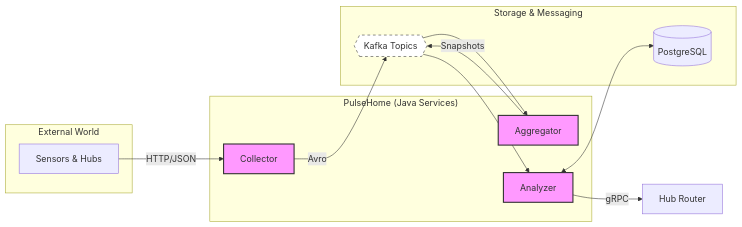
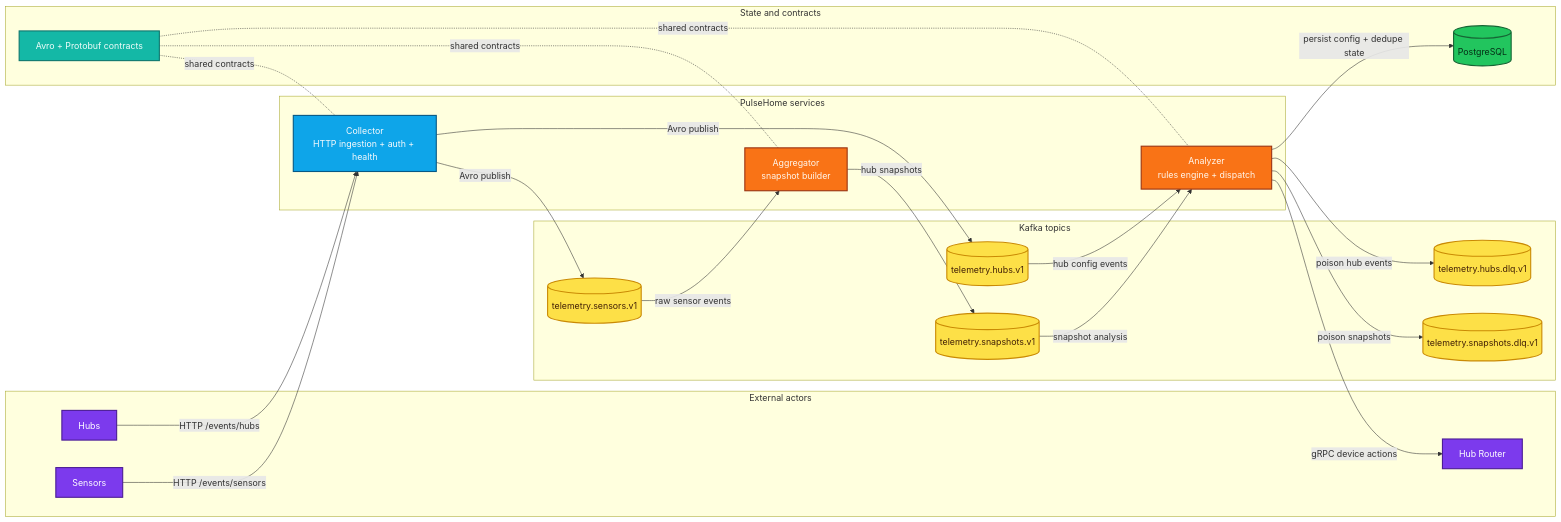
The diagram in README.md (DokPlay/PulseHome), drawn with Mermaid before and after one commit. The commit also changed other lines of this file and 24 other files, not shown here.

````diff
--- a/README.md
+++ b/README.md
@@ -27,31 +20,58 @@
 ```mermaid
 flowchart LR
-    subgraph Devices ["External World"]
-        A["Sensors & Hubs"]
+    classDef edge fill:#7c3aed,color:#ffffff,stroke:#4c1d95,stroke-width:2px;
+    classDef ingress fill:#0ea5e9,color:#f8fafc,stroke:#075985,stroke-width:2px;
+    classDef worker fill:#f97316,color:#fff7ed,stroke:#9a3412,stroke-width:2px;
+    classDef topic fill:#fde047,color:#422006,stroke:#ca8a04,stroke-width:2px;
+    classDef storage fill:#22c55e,color:#052e16,stroke:#166534,stroke-width:2px;
+    classDef contract fill:#14b8a6,color:#f0fdfa,stroke:#0f766e,stroke-width:2px;
+
+    subgraph External["External actors"]
+        Sensors["Sensors"]
+        Hubs["Hubs"]
+        Router["Hub Router"]
     end
 
-    subgraph Platform ["PulseHome (Java Services)"]
-        B["Collector"]
-        D["Aggregator"]
-        F["Analyzer"]
+    subgraph Platform["PulseHome services"]
+        Collector["Collector\nHTTP ingestion + auth + health"]
+        Aggregator["Aggregator\nsnapshot builder"]
+        Analyzer["Analyzer\nrules engine + dispatch"]
     end
 
-    subgraph Infra ["Storage & Messaging"]
-        C{{"Kafka Topics"}}
-        H[("PostgreSQL")]
+    subgraph Messaging["Kafka topics"]
+        SensorsTopic[("telemetry.sensors.v1")]
+        HubsTopic[("telemetry.hubs.v1")]
+        SnapshotsTopic[("telemetry.snapshots.v1")]
+        HubsDlq[("telemetry.hubs.dlq.v1")]
+        SnapshotsDlq[("telemetry.snapshots.dlq.v1")]
     end
 
-    A -->|HTTP/JSON| B
-    B -->|Avro| C
-    C --> D
-    D -->|Snapshots| C
-    C --> F
-    F <--> H
-    F -->|gRPC| G["Hub Router"]
-    
-    style B fill:#f9f,stroke:#333,stroke-width:2px
-    style D fill:#f9f,stroke:#333,stroke-width:2px
-    style F fill:#f9f,stroke:#333,stroke-width:2px
-    style C fill:#fff,stroke:#333,stroke-dasharray: 5 5
+    subgraph Persistence["State and contracts"]
+        Db[("PostgreSQL")]
+        Schemas["Avro + Protobuf contracts"]
+    end
 
+    Sensors -->|"HTTP /events/sensors"| Collector
+    Hubs -->|"HTTP /events/hubs"| Collector
+    Collector -->|"Avro publish"| SensorsTopic
+    Collector -->|"Avro publish"| HubsTopic
+    Schemas -. shared contracts .- Collector
+    Schemas -. shared contracts .- Aggregator
+    Schemas -. shared contracts .- Analyzer
+
+    SensorsTopic -->|"raw sensor events"| Aggregator
+    Aggregator -->|"hub snapshots"| SnapshotsTopic
+    SnapshotsTopic -->|"snapshot analysis"| Analyzer
+    HubsTopic -->|"hub config events"| Analyzer
+    Analyzer -->|"persist config + dedupe state"| Db
+    Analyzer -->|"gRPC device actions"| Router
+    Analyzer -->|"poison hub events"| HubsDlq
+    Analyzer -->|"poison snapshots"| SnapshotsDlq
+
+    class Sensors,Hubs,Router edge;
+    class Collector ingress;
+    class Aggregator,Analyzer worker;
+    class SensorsTopic,HubsTopic,SnapshotsTopic,HubsDlq,SnapshotsDlq topic;
+    class Db storage;
+    class Schemas contract;
 ```
````
